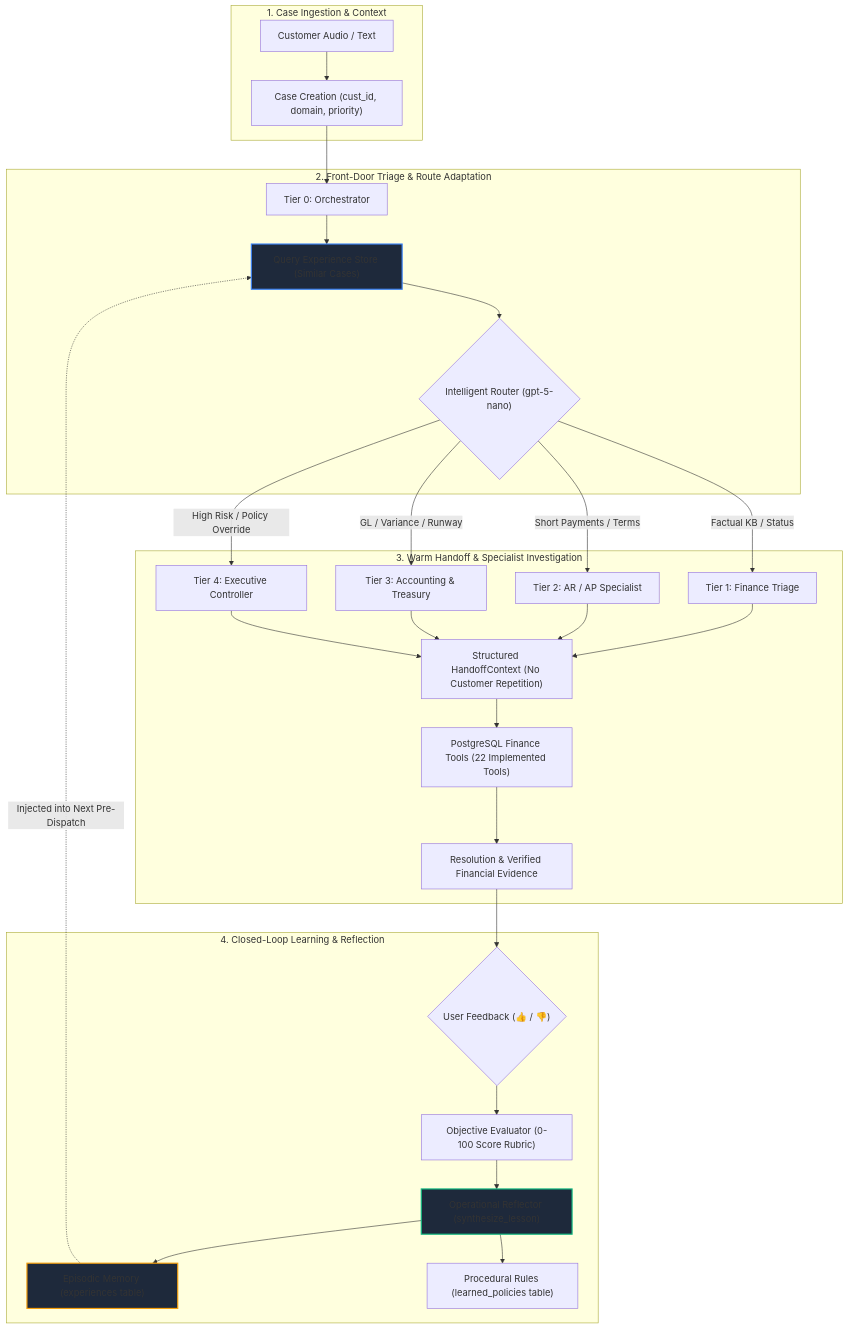
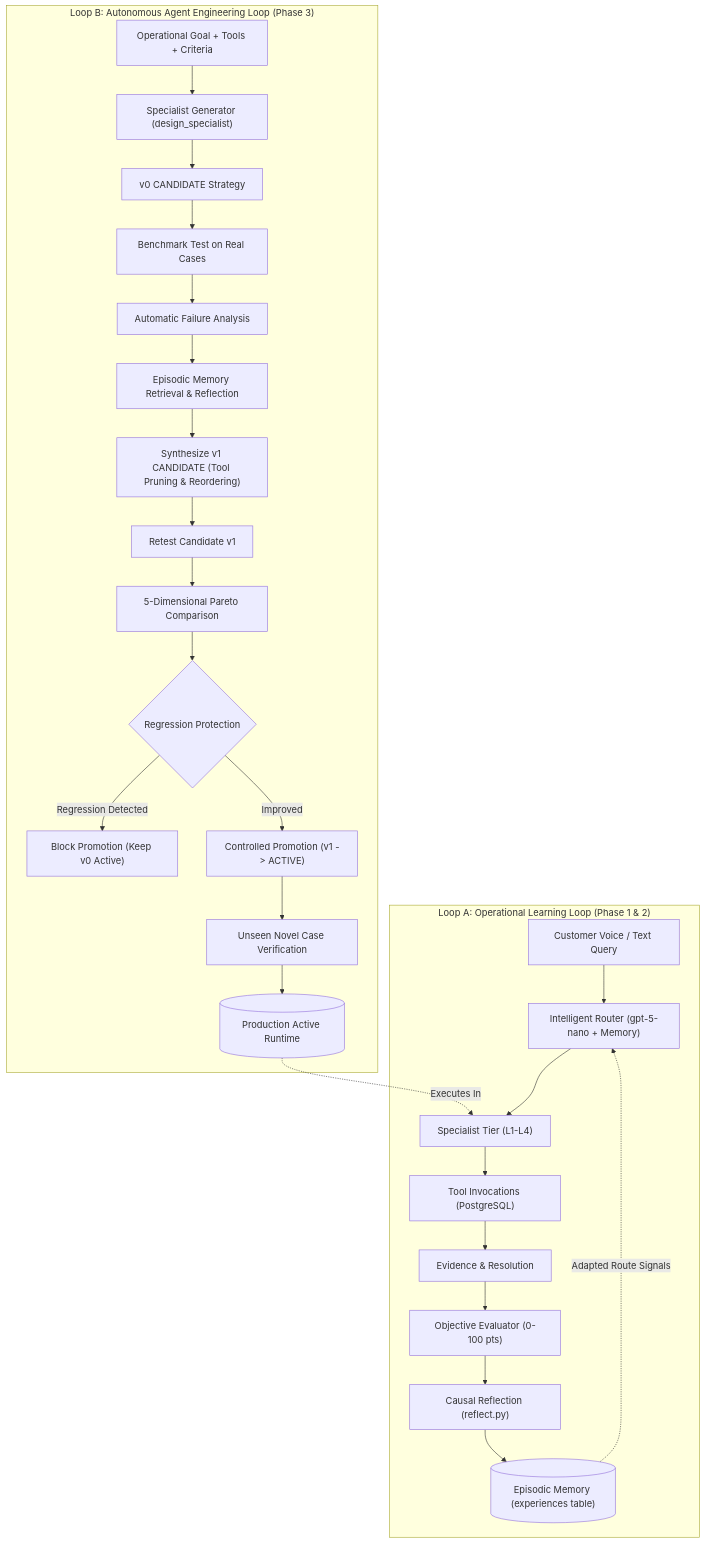
One commit to Skow3/ResolveLoop changed the diagram in README.md. Above: the diagram before and after it, drawn with Mermaid. The commit also changed other lines of this file, not shown here.

First line of the commit message:
docs: Upgrade README.md for Phase 3 Automated Agent Engineer (Track 1)

````diff
--- a/README.md
+++ b/README.md
@@ -117,36 +101,31 @@
 ```mermaid
 flowchart TD
-    subgraph Ingestion["1. Case Ingestion & Context"]
-        Customer["Customer Audio / Text"] --> CaseInit["Case Creation (cust_id, domain, priority)"]
+    subgraph OperationalLoop["Loop A: Operational Learning Loop (Phase 1 & 2)"]
+        CaseIn["Customer Voice / Text Query"] --> Route["Intelligent Router (gpt-5-nano + Memory)"]
+        Route --> Dispatch["Specialist Tier (L1-L4)"]
+        Dispatch --> ExecTools["Tool Invocations (PostgreSQL)"]
+        ExecTools --> CaseRes["Evidence & Resolution"]
+        CaseRes --> Eval["Objective Evaluator (0-100 pts)"]
+        Eval --> Refl["Causal Reflection (reflect.py)"]
+        Refl --> ExpDB[("Episodic Memory (experiences table)")]
+        ExpDB -.->|"Adapted Route Signals"| Route
     end
 
-    subgraph FrontDoor["2. Front-Door Triage & Route Adaptation"]
-        CaseInit --> Orch["Tier 0: Orchestrator"]
-        Orch --> PreFetch["Query Experience Store (Similar Cases)"]
-        PreFetch --> Router{"Intelligent Router (gpt-5-nano)"}
+    subgraph FactoryLoop["Loop B: Autonomous Agent Engineering Loop (Phase 3)"]
+        Goal["Operational Goal + Tools + Criteria"] --> GenSpec["Specialist Generator (design_specialist)"]
+        GenSpec --> BaseStrat["v0 CANDIDATE Strategy"]
+        BaseStrat --> TestV0["Benchmark Test on Real Cases"]
+        TestV0 --> FailAnal["Automatic Failure Analysis"]
+        FailAnal --> MemoryRefl["Episodic Memory Retrieval & Reflection"]
+        MemoryRefl --> CandV1["Synthesize v1 CANDIDATE (Tool Pruning & Reordering)"]
+        CandV1 --> RetestV1["Retest Candidate v1"]
+        RetestV1 --> Pareto["5-Dimensional Pareto Comparison"]
+        Pareto --> Guard{"Regression Protection"}
+        Guard -- "Regression Detected" --> Halt["Block Promotion (Keep v0 Active)"]
+        Guard -- "Improved" --> Promote["Controlled Promotion (v1 -> ACTIVE)"]
+        Promote --> Unseen["Unseen Novel Case Verification"]
+        Unseen --> ActiveRuntime[("Production Active Runtime")]
     end
 
-    subgraph Execution["3. Warm Handoff & Specialist Investigation"]
-        Router -->|Factual KB / Status| L1["Tier 1: Finance Triage"]
-        Router -->|Short Payments / Terms| L2["Tier 2: AR / AP Specialist"]
-        Router -->|GL / Variance / Runway| L3["Tier 3: Accounting & Treasury"]
-        Router -->|High Risk / Policy Override| L4["Tier 4: Executive Controller"]
-        
-        L1 & L2 & L3 & L4 --> HandoffContext["Structured HandoffContext (No Customer Repetition)"]
-        HandoffContext --> Tools["PostgreSQL Finance Tools (22 Implemented Tools)"]
-        Tools --> Resolution["Resolution & Verified Financial Evidence"]
-    end
-
-    subgraph FeedbackLearning["4. Closed-Loop Learning & Reflection"]
-        Resolution --> HumanFeedback{"User Feedback (👍 / 👎)"}
-        HumanFeedback --> Evaluator["Objective Evaluator (0-100 Score Rubric)"]
-        Evaluator --> Reflector["Operational Reflector (synthesize_lesson)"]
-        Reflector --> ExpStore["Episodic Memory (experiences table)"]
-        Reflector --> PolicyStore["Procedural Rules (learned_policies table)"]
-        ExpStore -.->|"Injected into Next Pre-Dispatch"| PreFetch
-    end
-
-    style PreFetch fill:#1e293b,stroke:#3b82f6,stroke-width:2px
-    style Reflector fill:#1e293b,stroke:#10b981,stroke-width:2px
-    style ExpStore fill:#1e293b,stroke:#f59e0b,stroke-width:2px
+    ActiveRuntime -.->|"Executes In"| Dispatch
 ```
````
